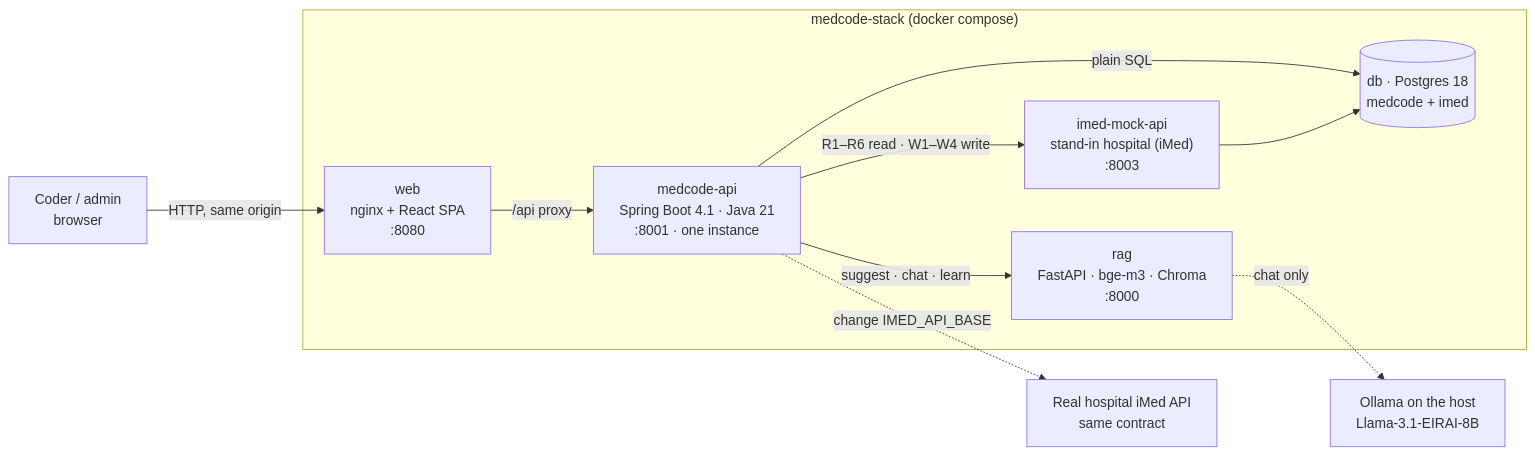
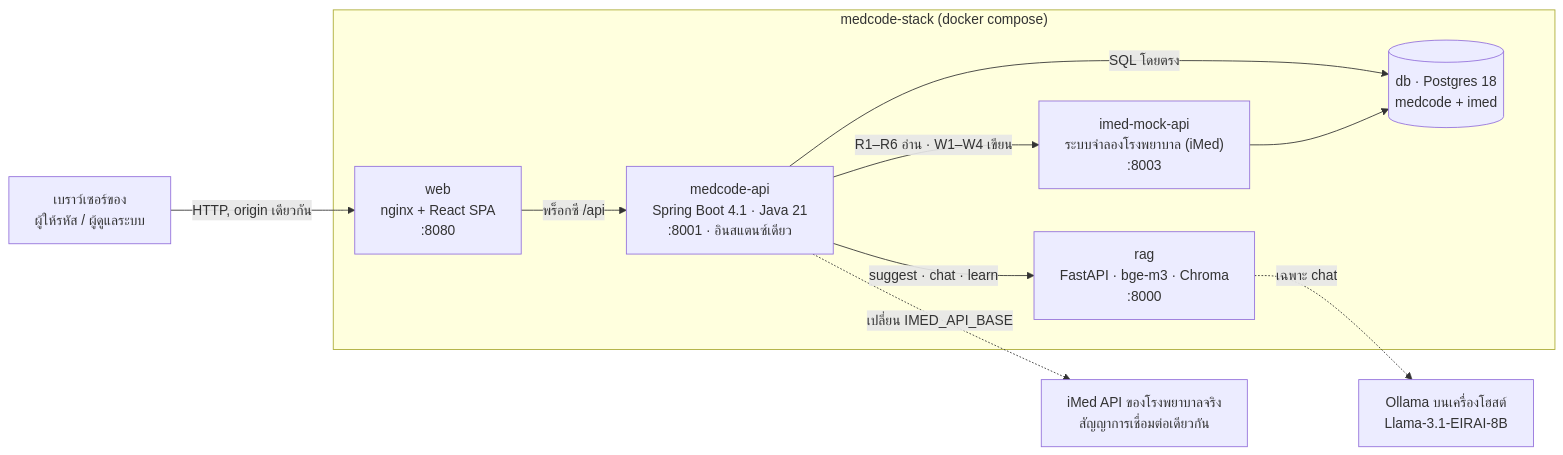
Before and after one commit to suvarna-stack/cura-ai: the diagram in report/figures/fig-3-2-architecture.mmd, drawn with Mermaid. The commit also changed 36 other files, not shown here.

```diff
--- a/report/figures/fig-3-2-architecture.mmd
+++ b/report/figures/fig-3-2-architecture.mmd
@@ -1,19 +1,19 @@
 flowchart LR
-  browser["Coder / admin<br/>browser"]
+  browser["เบราว์เซอร์ของ<br/>ผู้ให้รหัส / ผู้ดูแลระบบ"]
   subgraph stack["medcode-stack (docker compose)"]
     web["web<br/>nginx + React SPA<br/>:8080"]
-    api["medcode-api<br/>Spring Boot 4.1 · Java 21<br/>:8001 · one instance"]
+    api["medcode-api<br/>Spring Boot 4.1 · Java 21<br/>:8001 · อินสแตนซ์เดียว"]
     rag["rag<br/>FastAPI · bge-m3 · Chroma<br/>:8000"]
     db[("db · Postgres 18<br/>medcode + imed")]
-    imed["imed-mock-api<br/>stand-in hospital (iMed)<br/>:8003"]
+    imed["imed-mock-api<br/>ระบบจำลองโรงพยาบาล (iMed)<br/>:8003"]
   end
-  ollama["Ollama on the host<br/>Llama-3.1-EIRAI-8B"]
-  real["Real hospital iMed API<br/>same contract"]
-  browser -->|"HTTP, same origin"| web
-  web -->|"/api proxy"| api
-  api -->|"plain SQL"| db
+  ollama["Ollama บนเครื่องโฮสต์<br/>Llama-3.1-EIRAI-8B"]
+  real["iMed API ของโรงพยาบาลจริง<br/>สัญญาการเชื่อมต่อเดียวกัน"]
+  browser -->|"HTTP, origin เดียวกัน"| web
+  web -->|"พร็อกซี /api"| api
+  api -->|"SQL โดยตรง"| db
   imed --> db
-  api -->|"R1–R6 read · W1–W4 write"| imed
-  api -.->|"change IMED_API_BASE"| real
+  api -->|"R1–R6 อ่าน · W1–W4 เขียน"| imed
+  api -.->|"เปลี่ยน IMED_API_BASE"| real
   api -->|"suggest · chat · learn"| rag
-  rag -.->|"chat only"| ollama
+  rag -.->|"เฉพาะ chat"| ollama
```
